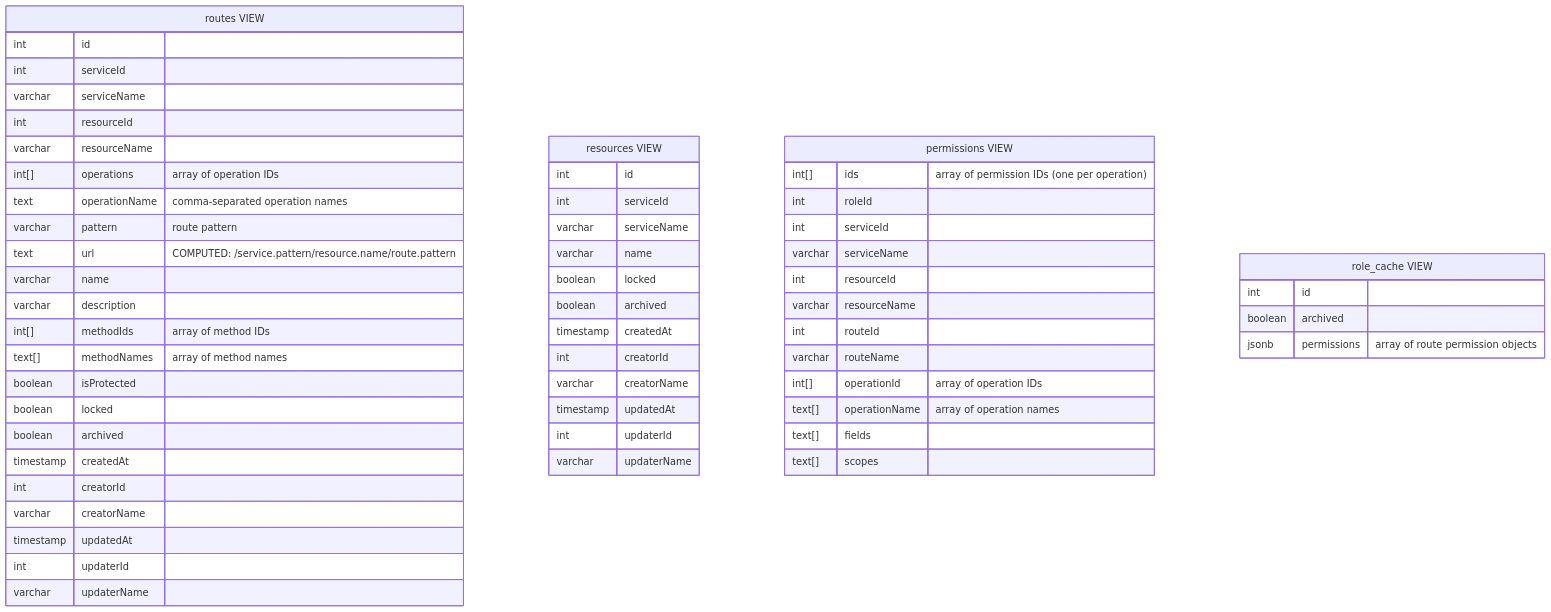
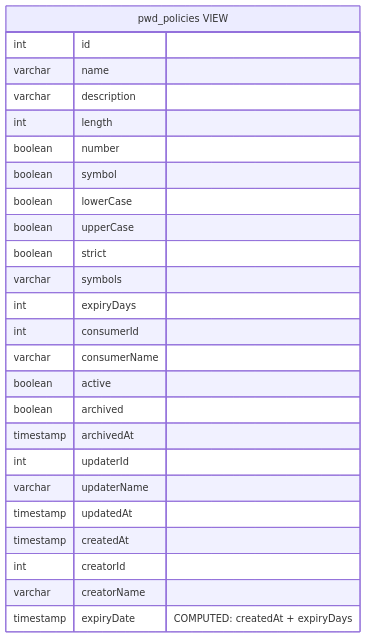
Before and after one commit to ALTEN-group/Foxnox: the diagram in doc/erd-views.md, drawn with Mermaid. The commit also changed 166 other files, not shown here.

````diff
--- a/doc/erd-views.md
+++ b/doc/erd-views.md
@@ -2,68 +2,33 @@
 ```mermaid
 ---
 caption: Views Entity Relationship Diagram 
 ---
 
 erDiagram
 
-  routes["routes VIEW"] {
+  pwd_policies["pwd_policies VIEW"] {
     int id
-    int serviceId
-    varchar serviceName
-    int resourceId
-    varchar resourceName
-    int[] operations "array of operation IDs"
-    text operationName "comma-separated operation names"
-    varchar pattern "route pattern"
-    text url "COMPUTED: /service.pattern/resource.name/route.pattern"
     varchar name
     varchar description
-    int[] methodIds "array of method IDs"
-    text[] methodNames "array of method names"
-    boolean isProtected
-    boolean locked
+    int length
+    boolean number
+    boolean symbol
+    boolean lowerCase
+    boolean upperCase
+    boolean strict
+    varchar symbols
+    int expiryDays
+    int consumerId
+    varchar consumerName
+    boolean active
     boolean archived
+    timestamp archivedAt
+    int updaterId
+    varchar updaterName
+    timestamp updatedAt
     timestamp createdAt
     int creatorId
     varchar creatorName
-    timestamp updatedAt
-    int updaterId
-    varchar updaterName
-  }
-
-  resources["resources VIEW"] {
-    int id
-    int serviceId
-    varchar serviceName
-    varchar name
-    boolean locked
-    boolean archived
-    timestamp createdAt
-    int creatorId
-    varchar creatorName
-    timestamp updatedAt
-    int updaterId
-    varchar updaterName
-  }
-
-  permissions["permissions VIEW"] {
-    int[] ids "array of permission IDs (one per operation)"
-    int roleId
-    int serviceId
-    varchar serviceName
-    int resourceId
-    varchar resourceName
-    int routeId
-    varchar routeName
-    int[] operationId "array of operation IDs"
-    text[] operationName "array of operation names"
-    text[] fields
-    text[] scopes
-  }
-
-  role_cache["role_cache VIEW"] {
-    int id
-    boolean archived
-    jsonb permissions "array of route permission objects"
+    timestamp expiryDate "COMPUTED: createdAt + expiryDays"
   }
 ```
````
